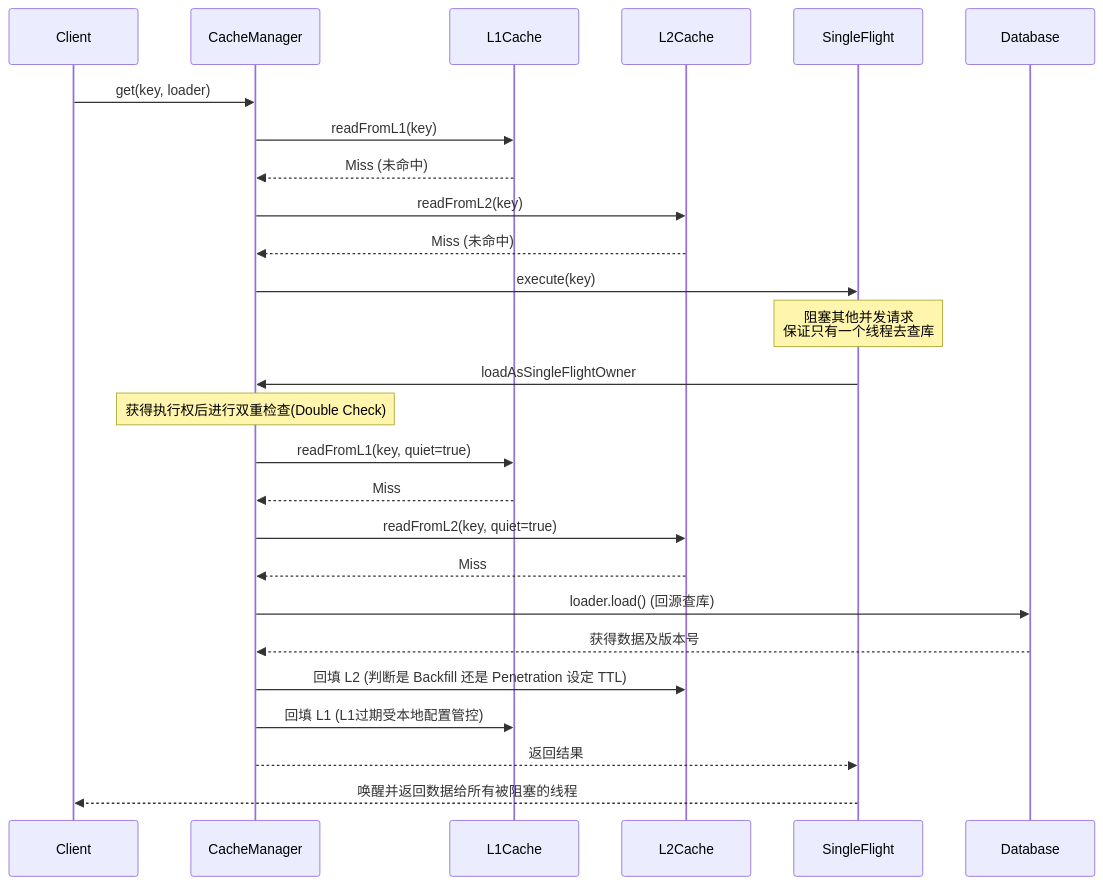
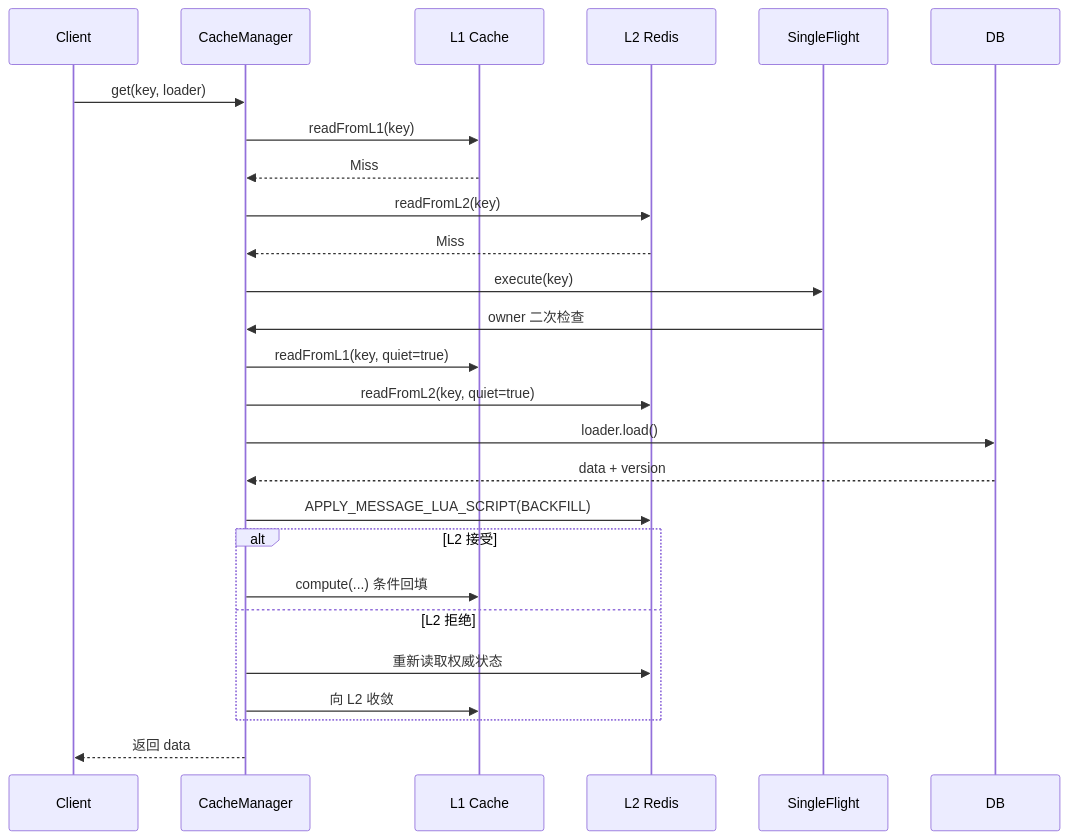
One commit to dk900912/multi-tier-cache-framework changed the third of 7 diagrams in README.md. Above: the diagram before and after it, drawn with Mermaid. The commit also changed other lines of this file and 42 other files, not shown here.

Commit message:
feat: harden cache consistency flow

````diff
--- a/README.md
+++ b/README.md
@@ -199,36 +474,29 @@
 ```mermaid
 sequenceDiagram
     participant Client
     participant CacheManager
-    participant L1Cache
-    participant L2Cache
-    participant SingleFlight
-    participant Database
+    participant L1 as L1 Cache
+    participant L2 as L2 Redis
+    participant SF as SingleFlight
+    participant DB
 
     Client->>CacheManager: get(key, loader)
-    CacheManager->>L1Cache: readFromL1(key)
-    L1Cache-->>CacheManager: Miss (未命中)
-    
-    CacheManager->>L2Cache: readFromL2(key)
-    L2Cache-->>CacheManager: Miss (未命中)
-    
-    CacheManager->>SingleFlight: execute(key)
-    Note over SingleFlight: 阻塞其他并发请求<br/>保证只有一个线程去查库
-    
-    SingleFlight->>CacheManager: loadAsSingleFlightOwner
-    
-    Note over CacheManager: 获得执行权后进行双重检查(Double Check)
-    CacheManager->>L1Cache: readFromL1(key, quiet=true)
-    L1Cache-->>CacheManager: Miss
-    CacheManager->>L2Cache: readFromL2(key, quiet=true)
-    L2Cache-->>CacheManager: Miss
-    
-    CacheManager->>Database: loader.load() (回源查库)
-    Database-->>CacheManager: 获得数据及版本号
-    
-    CacheManager->>L2Cache: 回填 L2 (判断是 Backfill 还是 Penetration 设定 TTL)
-    CacheManager->>L1Cache: 回填 L1 (L1过期受本地配置管控)
-    
-    CacheManager-->>SingleFlight: 返回结果
-    SingleFlight-->>Client: 唤醒并返回数据给所有被阻塞的线程
+    CacheManager->>L1: readFromL1(key)
+    L1-->>CacheManager: Miss
+    CacheManager->>L2: readFromL2(key)
+    L2-->>CacheManager: Miss
+    CacheManager->>SF: execute(key)
+    SF->>CacheManager: owner 二次检查
+    CacheManager->>L1: readFromL1(key, quiet=true)
+    CacheManager->>L2: readFromL2(key, quiet=true)
+    CacheManager->>DB: loader.load()
+    DB-->>CacheManager: data + version
+    CacheManager->>L2: APPLY_MESSAGE_LUA_SCRIPT(BACKFILL)
+    alt L2 接受
+        CacheManager->>L1: compute(...) 条件回填
+    else L2 拒绝
+        CacheManager->>L2: 重新读取权威状态
+        CacheManager->>L1: 向 L2 收敛
+    end
+    CacheManager-->>Client: 返回 data
 ```
````
